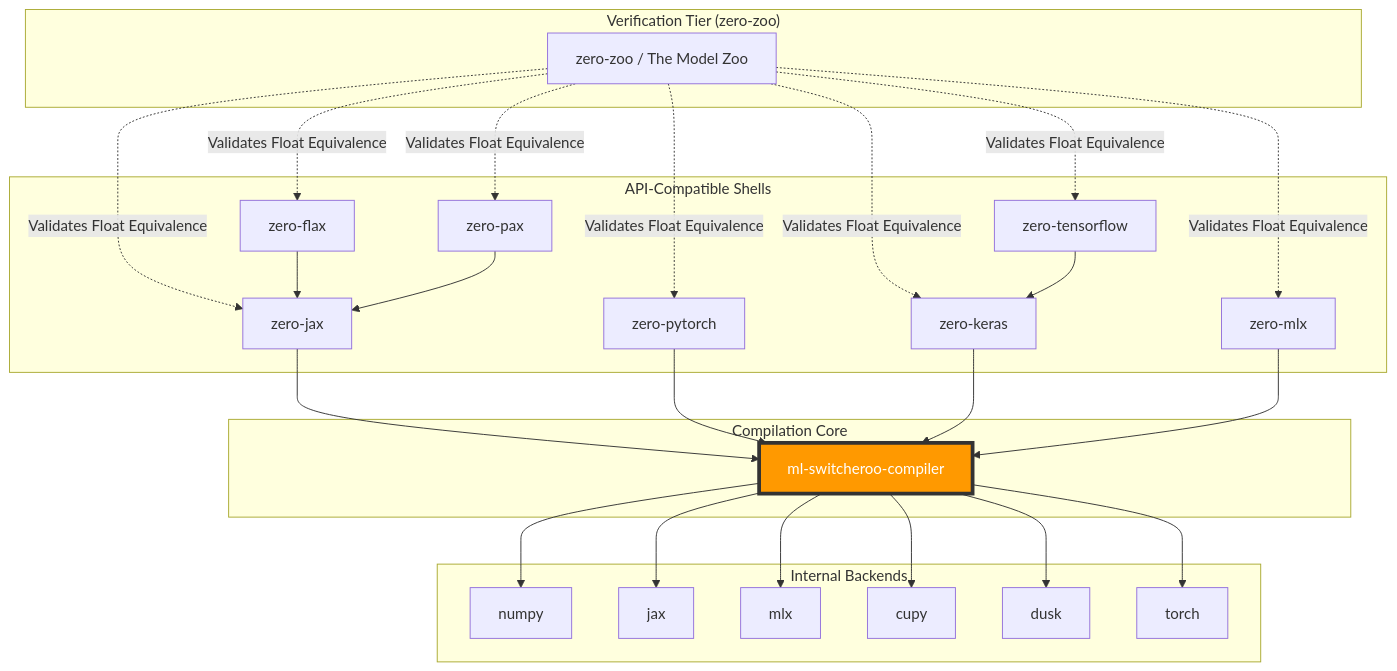
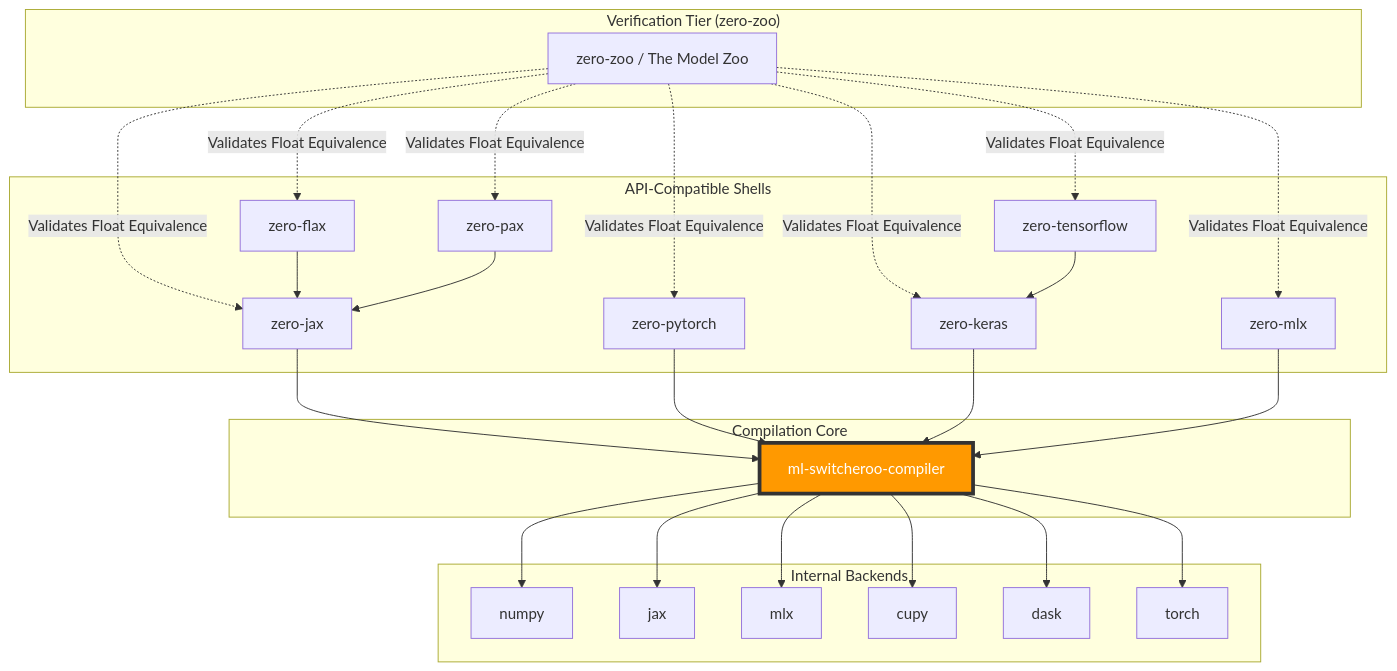
Before and after one commit to SamuelMarks/ml-switcheroo-compiler: the second of 2 diagrams in README.md, drawn with Mermaid. The commit also changed other lines of this file and 1042 other files, not shown here.

````diff
--- a/README.md
+++ b/README.md
@@ -78,53 +78,53 @@
 ```mermaid
 graph TD
     subgraph "Verification Tier (zero-zoo)"
         ZZ[zero-zoo / The Model Zoo]
     end
 
     subgraph "API-Compatible Shells"
         ZJ[zero-jax]
         ZF[zero-flax]
         ZP[zero-pytorch]
         ZK[zero-keras]
         ZT[zero-tensorflow]
         ZM[zero-mlx]
         ZPX[zero-pax]
     end
 
     subgraph "Compilation Core"
         COMP[ml-switcheroo-compiler]
     end
     style COMP fill:#ff9900,color:#fff,stroke:#333,stroke-width:4px
 
     subgraph "Internal Backends"
         NUMPY[numpy]
         JAX_B[jax]
         MLX_B[mlx]
         CUPY[cupy]
-        DUSK[dusk]
+        DASK[dask]
         TORCH_B[torch]
     end
 
     ZZ -.->|Validates Float Equivalence| ZJ
     ZZ -.->|Validates Float Equivalence| ZF
     ZZ -.->|Validates Float Equivalence| ZP
     ZZ -.->|Validates Float Equivalence| ZK
     ZZ -.->|Validates Float Equivalence| ZT
     ZZ -.->|Validates Float Equivalence| ZM
     ZZ -.->|Validates Float Equivalence| ZPX
 
     ZJ --> COMP
     ZF --> ZJ
     ZP --> COMP
     ZK --> COMP
     ZT --> ZK
     ZM --> COMP
     ZPX --> ZJ
 
     COMP --> NUMPY
     COMP --> JAX_B
     COMP --> MLX_B
     COMP --> CUPY
-    COMP --> DUSK
+    COMP --> DASK
     COMP --> TORCH_B
 ```
````
